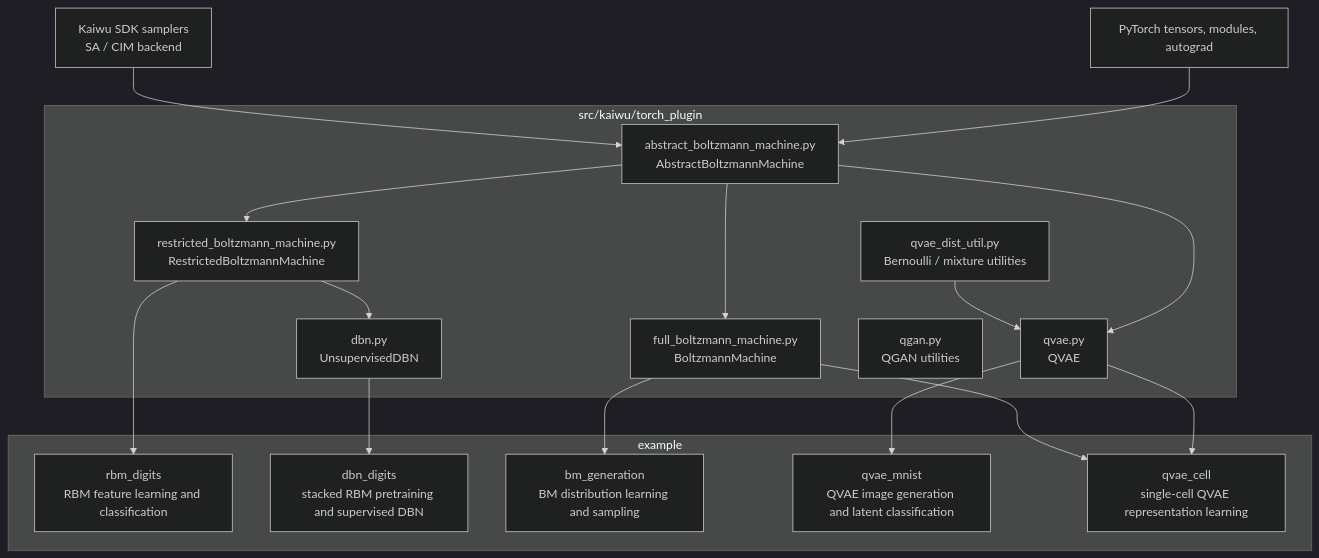
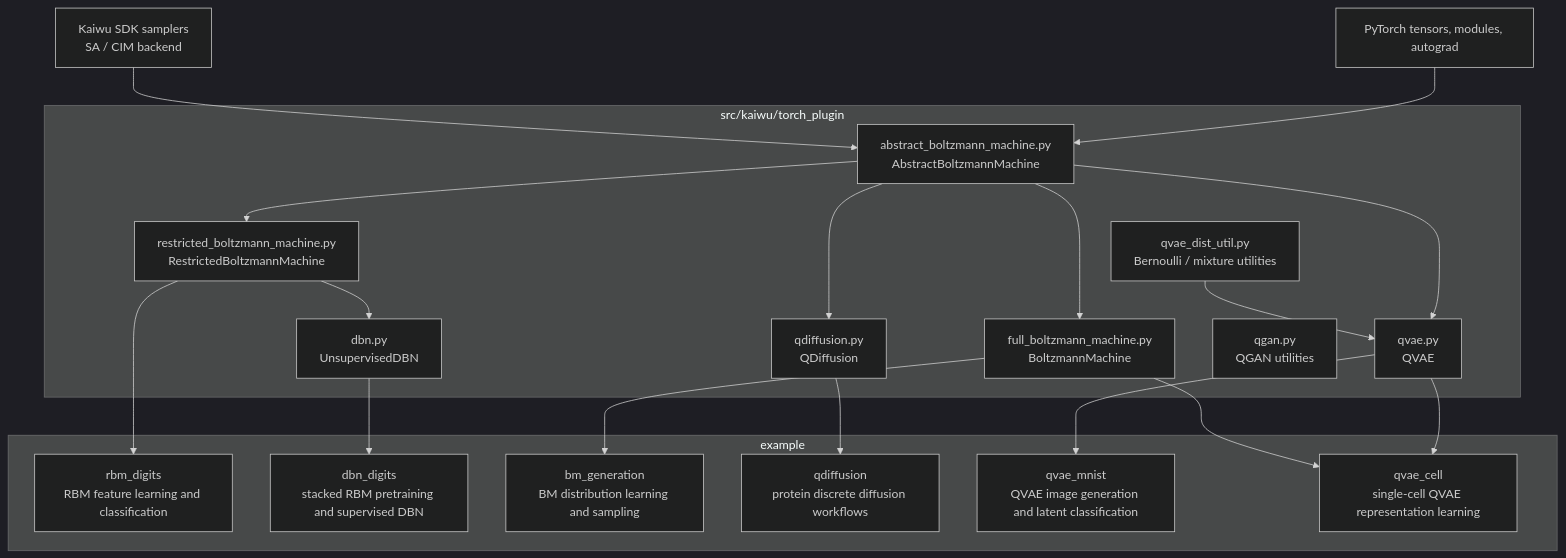
Before and after one commit to qboson/kaiwu-pytorch-plugin: the diagram in README_ZH.md, drawn with Mermaid (dark theme). The commit also changed other lines of this file and 15 other files, not shown here.

````diff
--- a/README_ZH.md
+++ b/README_ZH.md
@@ -16,38 +16,42 @@
 ```mermaid
 flowchart TD
     torch[PyTorch tensors, modules, autograd]
     kaiwu[Kaiwu SDK samplers<br/>SA / CIM backend]
 
     subgraph plugin["src/kaiwu/torch_plugin"]
         abm["abstract_boltzmann_machine.py<br/>AbstractBoltzmannMachine"]
         bm["full_boltzmann_machine.py<br/>BoltzmannMachine"]
         rbm["restricted_boltzmann_machine.py<br/>RestrictedBoltzmannMachine"]
         qvae["qvae.py<br/>QVAE"]
+        qdiff["qdiffusion.py<br/>QDiffusion"]
         dist["qvae_dist_util.py<br/>Bernoulli / mixture utilities"]
         dbn["dbn.py<br/>UnsupervisedDBN"]
         qgan["qgan.py<br/>QGAN utilities"]
     end
 
     torch --> abm
     kaiwu --> abm
     abm --> bm
     abm --> rbm
     abm --> qvae
+    abm --> qdiff
     dist --> qvae
     rbm --> dbn
 
     subgraph examples["example"]
         rbm_digits["rbm_digits<br/>RBM feature learning and classification"]
         dbn_digits["dbn_digits<br/>stacked RBM pretraining and supervised DBN"]
         bm_generation["bm_generation<br/>BM distribution learning and sampling"]
+        qdiffusion["qdiffusion<br/>protein discrete diffusion workflows"]
         qvae_mnist["qvae_mnist<br/>QVAE image generation and latent classification"]
         qvae_cell["qvae_cell<br/>single-cell QVAE representation learning"]
     end
 
     rbm --> rbm_digits
     dbn --> dbn_digits
     bm --> bm_generation
+    qdiff --> qdiffusion
     qvae --> qvae_mnist
     qvae --> qvae_cell
     bm --> qvae_cell
 ```
````
